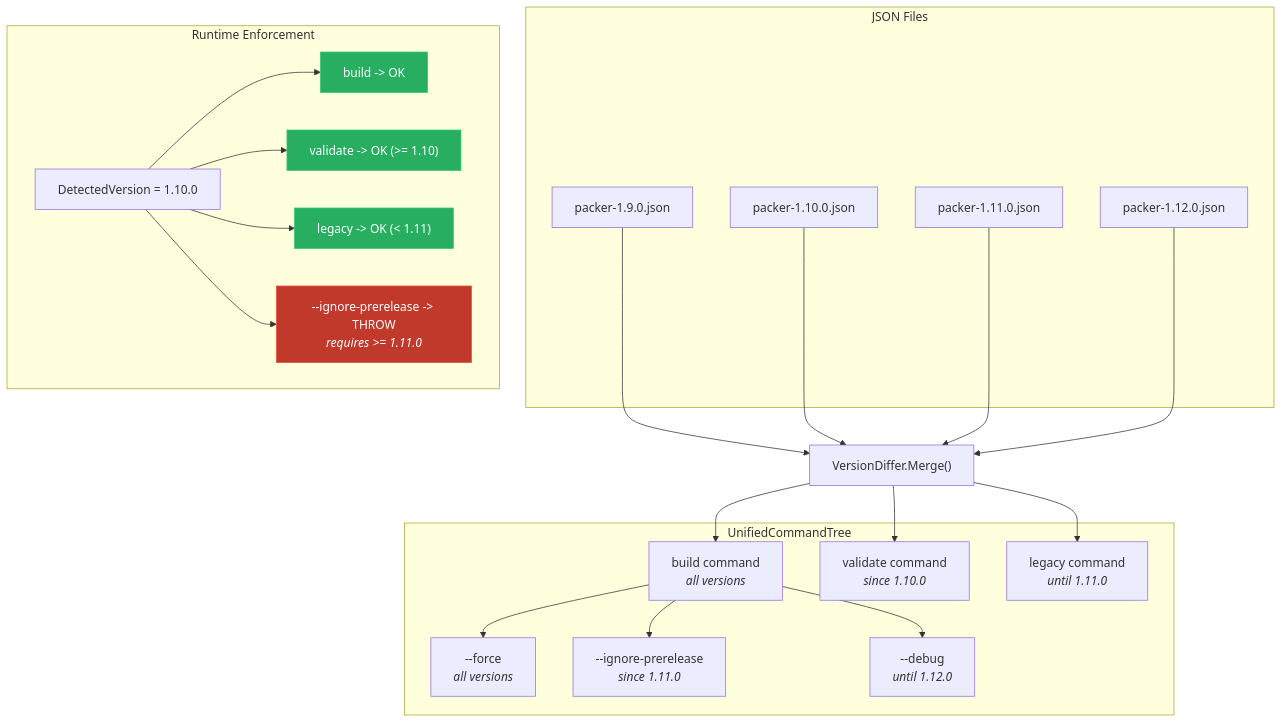
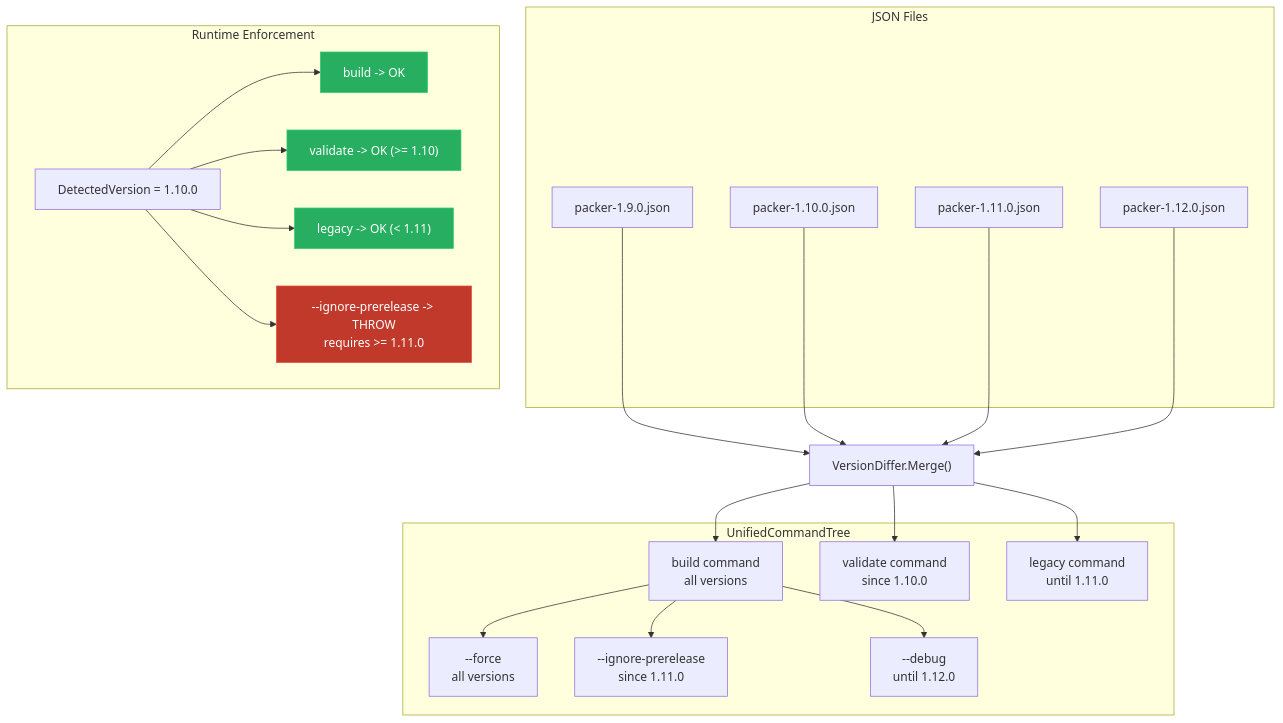
Before and after one commit to FrenchExDev/FrenchExDev: diagram 13 of 14 in Net/FrenchExDev/BinaryWrapper/doc/ARCHITECTURE.md, drawn with Mermaid. The commit also changed other lines of this file and 2 other files, not shown here.

````diff
--- a/Net/FrenchExDev/BinaryWrapper/doc/ARCHITECTURE.md
+++ b/Net/FrenchExDev/BinaryWrapper/doc/ARCHITECTURE.md
@@ -1048,49 +1048,49 @@
 ```mermaid
 flowchart TD
     subgraph Input["JSON Files"]
         J1["packer-1.9.0.json"]
         J2["packer-1.10.0.json"]
         J3["packer-1.11.0.json"]
         J4["packer-1.12.0.json"]
     end
 
     MERGE["VersionDiffer.Merge()"]
 
     subgraph Unified["UnifiedCommandTree"]
-        CMD_B["build command<br><i>all versions</i>"]
-        CMD_V["validate command<br><i>since 1.10.0</i>"]
-        CMD_L["legacy command<br><i>until 1.11.0</i>"]
-        OPT_F["--force<br><i>all versions</i>"]
-        OPT_I["--ignore-prerelease<br><i>since 1.11.0</i>"]
-        OPT_D["--debug<br><i>until 1.12.0</i>"]
+        CMD_B["build command<br>all versions"]
+        CMD_V["validate command<br>since 1.10.0"]
+        CMD_L["legacy command<br>until 1.11.0"]
+        OPT_F["--force<br>all versions"]
+        OPT_I["--ignore-prerelease<br>since 1.11.0"]
+        OPT_D["--debug<br>until 1.12.0"]
     end
 
     subgraph Runtime["Runtime Enforcement"]
         DET["DetectedVersion = 1.10.0"]
         CHECK1["build -> OK"]
         CHECK2["validate -> OK (>= 1.10)"]
         CHECK3["legacy -> OK (< 1.11)"]
-        CHECK4["--ignore-prerelease -> THROW<br><i>requires >= 1.11.0</i>"]
+        CHECK4["--ignore-prerelease -> THROW<br>requires >= 1.11.0"]
     end
 
     J1 --> MERGE
     J2 --> MERGE
     J3 --> MERGE
     J4 --> MERGE
     MERGE --> CMD_B
     MERGE --> CMD_V
     MERGE --> CMD_L
     CMD_B --> OPT_F
     CMD_B --> OPT_I
     CMD_B --> OPT_D
 
     DET --> CHECK1
     DET --> CHECK2
     DET --> CHECK3
     DET --> CHECK4
 
     style CHECK4 fill:#c0392b,stroke:#e74c3c,color:#fff
     style CHECK1 fill:#27ae60,stroke:#2ecc71,color:#fff
     style CHECK2 fill:#27ae60,stroke:#2ecc71,color:#fff
     style CHECK3 fill:#27ae60,stroke:#2ecc71,color:#fff
 ```
````
